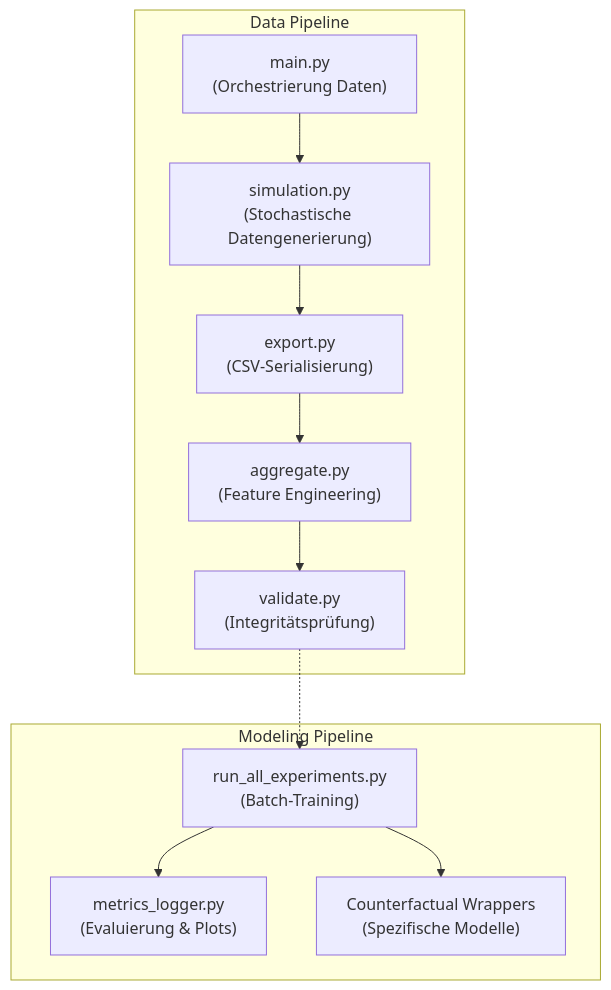
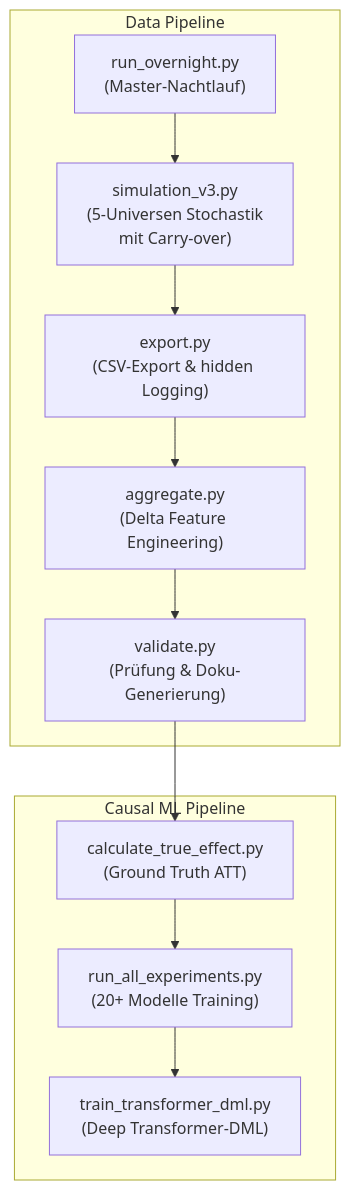
One commit to mAInbrAIn-wk/DeepHSSurvial changed the diagram in README.md. Above: the diagram before and after it, drawn with Mermaid. The commit also changed other lines of this file and 1273 other files, not shown here.

````diff
--- a/README.md
+++ b/README.md
@@ -78,17 +110,15 @@
 ```mermaid
 flowchart TD
     subgraph Data Pipeline
-        A["main.py\n(Orchestrierung Daten)"] --> B["simulation.py\n(Stochastische Datengenerierung)"]
-        B --> C["export.py\n(CSV-Serialisierung)"]
-        C --> D["aggregate.py\n(Feature Engineering)"]
-        D --> E["validate.py\n(Integritätsprüfung)"]
+        A["run_overnight.py\n(Master-Nachtlauf)"] --> B["simulation_v3.py\n(5-Universen Stochastik\nmit Carry-over)"]
+        B --> C["export.py\n(CSV-Export & hidden Logging)"]
+        C --> D["aggregate.py\n(Delta Feature Engineering)"]
+        D --> E["validate.py\n(Prüfung & Doku-Generierung)"]
     end
 
-    subgraph Modeling Pipeline
-        F["run_all_experiments.py\n(Batch-Training)"]
-        F --> G["metrics_logger.py\n(Evaluierung & Plots)"]
-        F --> H["Counterfactual Wrappers\n(Spezifische Modelle)"]
+    subgraph Causal ML Pipeline
+        E --> F["calculate_true_effect.py\n(Ground Truth ATT)"]
+        F --> G["run_all_experiments.py\n(20+ Modelle Training)"]
+        G --> H["train_transformer_dml.py\n(Deep Transformer-DML)"]
     end
-    
-    E -.-> F
 ```
````
